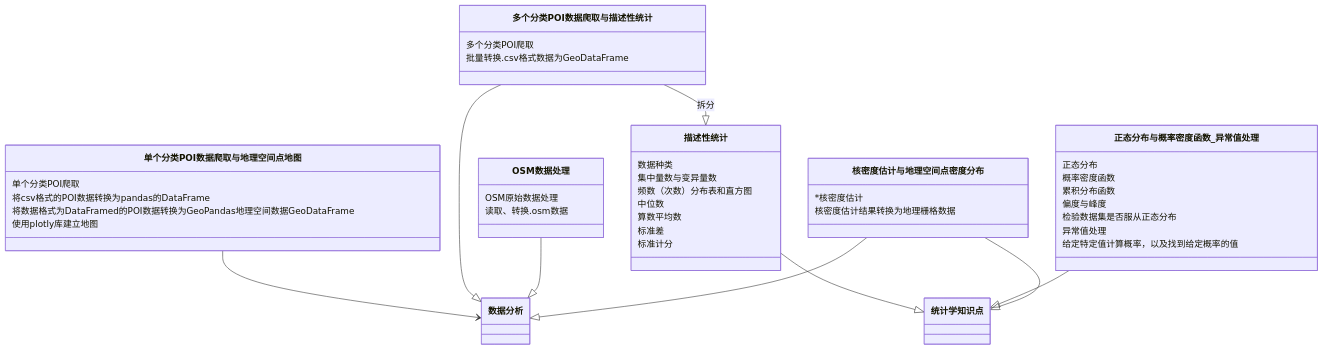
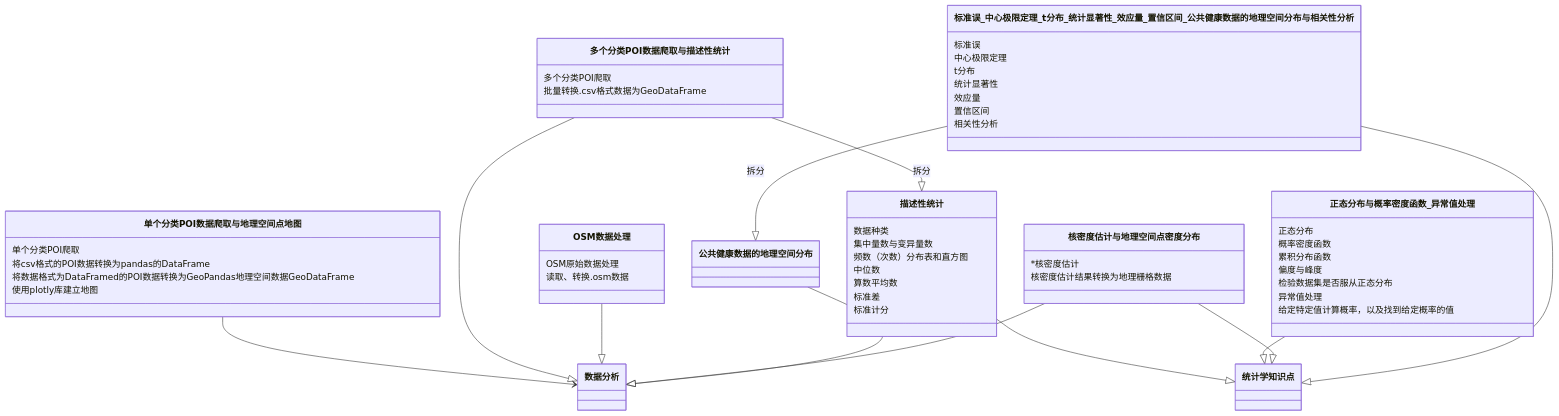
Before and after one commit to Weijun-H/Urban-Spatial-Data-Analysis_python: the first of 2 diagrams in docs/markdown/structure_chapters.md, drawn with Mermaid.

Commit message:
chapterStr

````diff
--- a/docs/markdown/structure_chapters.md
+++ b/docs/markdown/structure_chapters.md
@@ -7,45 +7,53 @@
 ```mermaid
 classDiagram
 
 单个分类POI数据爬取与地理空间点地图 --> 数据分析 : 
 单个分类POI数据爬取与地理空间点地图 : 单个分类POI爬取
 单个分类POI数据爬取与地理空间点地图 : 将csv格式的POI数据转换为pandas的DataFrame
 单个分类POI数据爬取与地理空间点地图 : 将数据格式为DataFramed的POI数据转换为GeoPandas地理空间数据GeoDataFrame
 单个分类POI数据爬取与地理空间点地图 : 使用plotly库建立地图
 
 多个分类POI数据爬取与描述性统计 --|> 数据分析
 多个分类POI数据爬取与描述性统计 --|> 描述性统计 : 拆分
 多个分类POI数据爬取与描述性统计 : 多个分类POI爬取
 多个分类POI数据爬取与描述性统计 : 批量转换.csv格式数据为GeoDataFrame
 
 描述性统计 --|> 统计学知识点
 描述性统计 : 数据种类
 描述性统计 : 集中量数与变异量数
 描述性统计 : 频数（次数）分布表和直方图
 描述性统计 : 中位数
 描述性统计 : 算数平均数
 描述性统计 : 标准差
 描述性统计 : 标准计分
 
 正态分布与概率密度函数_异常值处理 --|> 统计学知识点
 正态分布与概率密度函数_异常值处理 : 正态分布
 正态分布与概率密度函数_异常值处理 : 概率密度函数
 正态分布与概率密度函数_异常值处理 : 累积分布函数
 正态分布与概率密度函数_异常值处理 : 偏度与峰度
 正态分布与概率密度函数_异常值处理 : 检验数据集是否服从正态分布
 正态分布与概率密度函数_异常值处理 : 异常值处理
 正态分布与概率密度函数_异常值处理 : 给定特定值计算概率，以及找到给定概率的值
 
 OSM数据处理 --|> 数据分析
 OSM数据处理 : OSM原始数据处理
 OSM数据处理 : 读取、转换.osm数据
 
 核密度估计与地理空间点密度分布 --|> 数据分析
 核密度估计与地理空间点密度分布 --|> 统计学知识点
 核密度估计与地理空间点密度分布 : *核密度估计
 核密度估计与地理空间点密度分布 : 核密度估计结果转换为地理栅格数据
 
-
-
+标准误_中心极限定理_t分布_统计显著性_效应量_置信区间_公共健康数据的地理空间分布与相关性分析 --|> 统计学知识点
+标准误_中心极限定理_t分布_统计显著性_效应量_置信区间_公共健康数据的地理空间分布与相关性分析 --|> 公共健康数据的地理空间分布 : 拆分
+公共健康数据的地理空间分布 --|> 数据分析
+标准误_中心极限定理_t分布_统计显著性_效应量_置信区间_公共健康数据的地理空间分布与相关性分析 :  标准误
+标准误_中心极限定理_t分布_统计显著性_效应量_置信区间_公共健康数据的地理空间分布与相关性分析 :  中心极限定理
+标准误_中心极限定理_t分布_统计显著性_效应量_置信区间_公共健康数据的地理空间分布与相关性分析 :  t分布
+标准误_中心极限定理_t分布_统计显著性_效应量_置信区间_公共健康数据的地理空间分布与相关性分析 :  统计显著性
+标准误_中心极限定理_t分布_统计显著性_效应量_置信区间_公共健康数据的地理空间分布与相关性分析 :  效应量
+标准误_中心极限定理_t分布_统计显著性_效应量_置信区间_公共健康数据的地理空间分布与相关性分析 :  置信区间
+标准误_中心极限定理_t分布_统计显著性_效应量_置信区间_公共健康数据的地理空间分布与相关性分析 :  相关性分析
 
 ```
````
